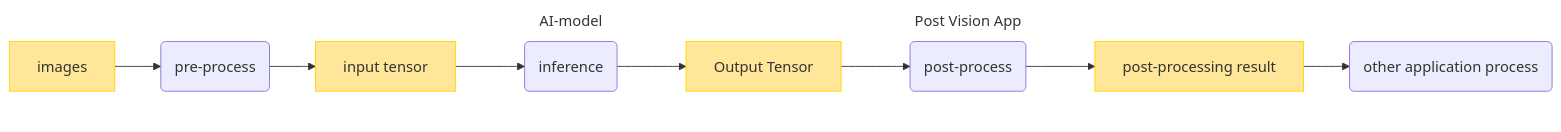
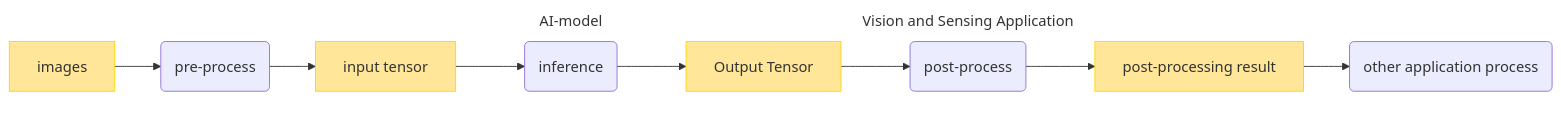
One commit to ZucchiniTang/aitrios-sdk-vision-sensing-app changed the first of 4 diagrams in tutorials/4_prepare_application/1_develop/README.md. Above: the diagram before and after it, drawn with Mermaid. The commit also changed other lines of this file and 255 other files, not shown here.

````diff
--- a/tutorials/4_prepare_application/1_develop/README.md
+++ b/tutorials/4_prepare_application/1_develop/README.md
@@ -5,33 +6,33 @@
 ```mermaid
 graph LR;
     %% definition
     classDef object fill:#FFE699, stroke:#FFD700
     style sub1 fill:#FFFFFF, stroke:#FFFFFF
     style sub2 fill:#FFFFFF, stroke:#FFFFFF
 
 
     id1[images]:::object
     id2(pre-process)
     id3[input tensor]:::object
     id4(inference)
     id5[Output Tensor]:::object
     id6(post-process)
     id7[post-processing result]:::object
     id8(other application process)
 
     id1-->id2
     id2-->id3
     subgraph sub1[AI-model]
     id4
     end
     id3-->id4
     id4-->id5
-    subgraph sub2[Post Vision App]
+    subgraph sub2[Vision and Sensing Application]
         id6
     end
     id5-->id6
 
     id6-->id7
     id7-->id8
 
 ```
````
